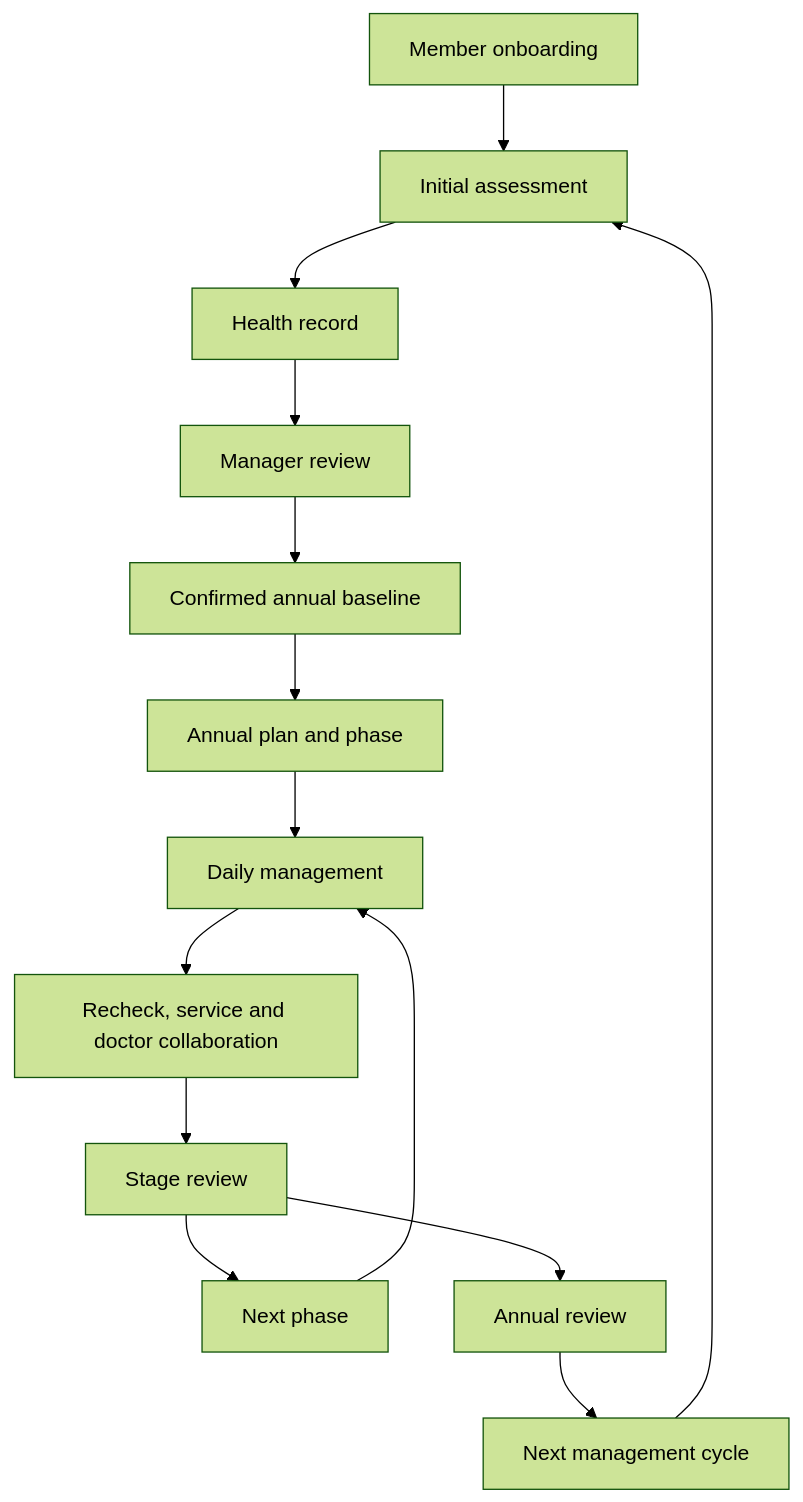
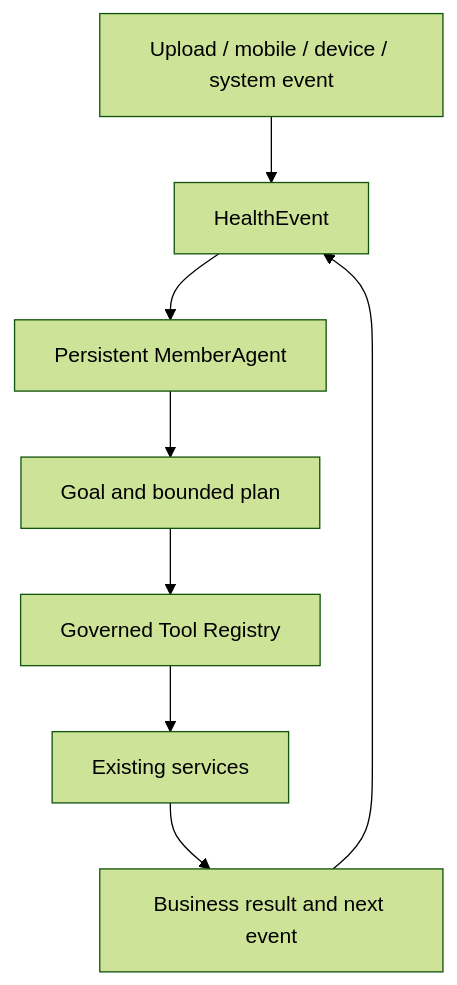
The first of 3 diagrams in README.md (KaedeharaT/executive-healthops), drawn with Mermaid (forest theme) before and after one commit. The commit also changed other lines of this file and 2 other files, not shown here.

Commit message:
docs: refresh bilingual README for AI-native HealthOps

````diff
--- a/README.md
+++ b/README.md
@@ -47,16 +40,10 @@
 ```mermaid
 flowchart TD
-    A[Member onboarding] --> B[Initial assessment]
-    B --> C[Health record]
-    C --> D[Manager review]
-    D --> E[Confirmed annual baseline]
-    E --> F[Annual plan and phase]
-    F --> G[Daily management]
-    G --> H[Recheck, service and doctor collaboration]
-    H --> I[Stage review]
-    I --> J[Next phase]
-    J --> G
-    I --> K[Annual review]
-    K --> L[Next management cycle]
-    L --> B
+    A[Upload / mobile / device / system event] --> B[HealthEvent]
+    B --> C[Persistent MemberAgent]
+    C --> D[Goal and bounded plan]
+    D --> E[Governed Tool Registry]
+    E --> F[Existing services]
+    F --> G[Business result and next event]
+    G --> B
 ```
````
